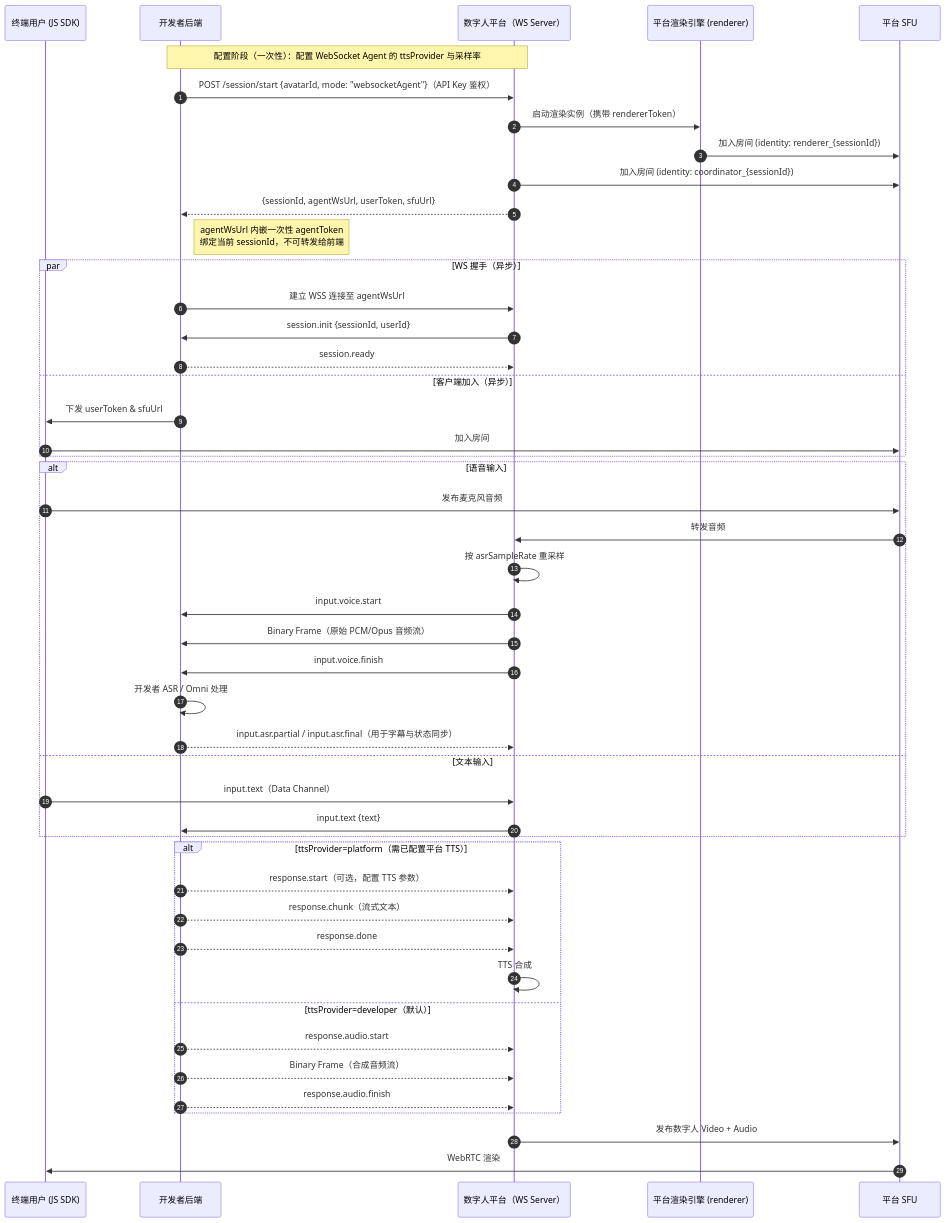
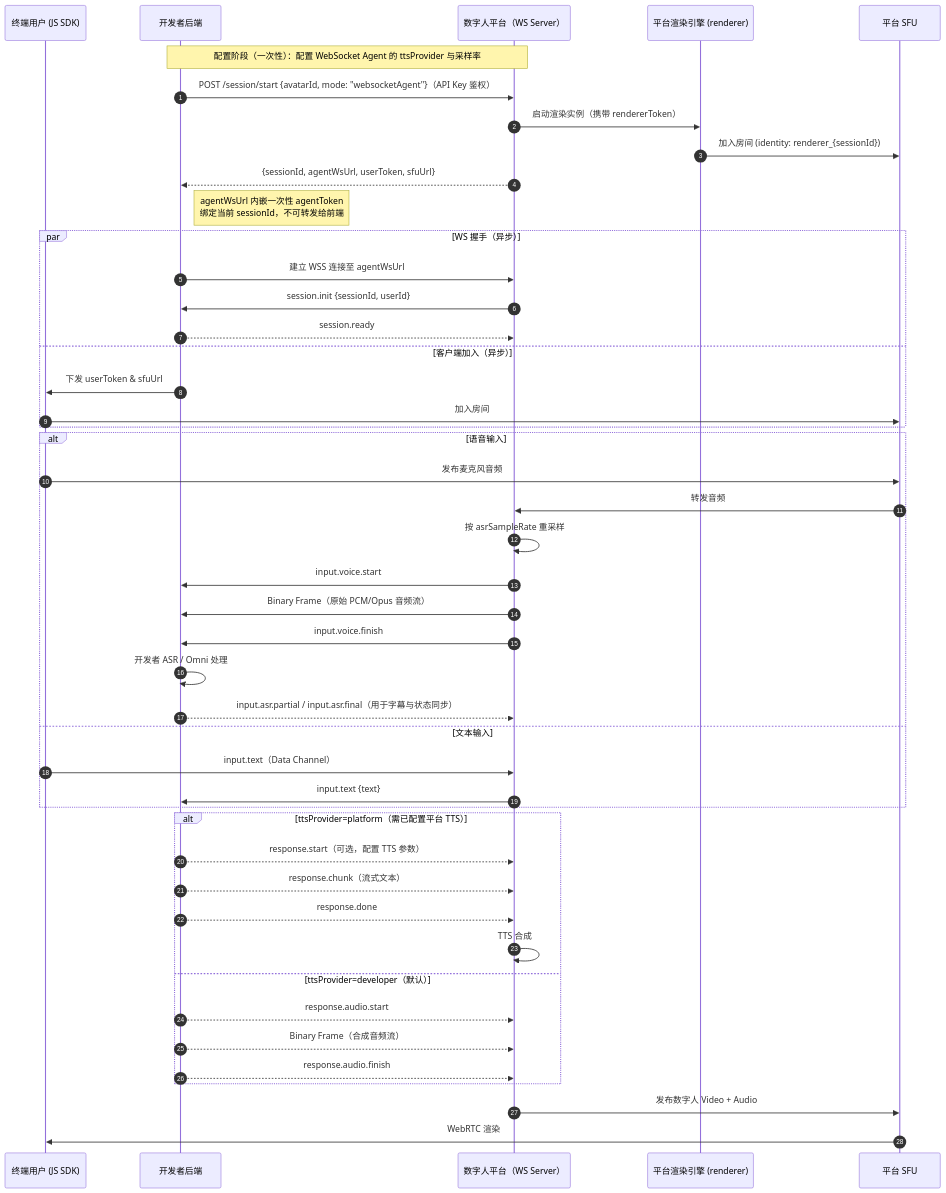
The first of 3 diagrams in Live Avatar Integration Guide.zh-CN.md (newportAI-lab/liveavatar-integration-guide), drawn with Mermaid before and after one commit. The commit also changed other lines of this file and 2 other files, not shown here.

Commit message:
remove coordinator from participants

````diff
--- a/Live Avatar Integration Guide.zh-CN.md
+++ b/Live Avatar Integration Guide.zh-CN.md
@@ -322,55 +318,54 @@
 ```mermaid
 sequenceDiagram
     autonumber
     participant Client as 终端用户 (JS SDK)
     participant Backend as 开发者后端
     participant Platform as 数字人平台（WS Server）
     participant Renderer as 平台渲染引擎 (renderer)
     participant SFU as 平台 SFU
 
     Note over Backend, Platform: 配置阶段（一次性）：配置 WebSocket Agent 的 ttsProvider 与采样率
 
     Backend->>Platform: POST /session/start {avatarId, mode: "websocketAgent"}（API Key 鉴权）
     Platform->>Renderer: 启动渲染实例（携带 rendererToken）
     Renderer->>SFU: 加入房间 (identity: renderer_{sessionId})
-    Platform->>SFU: 加入房间 (identity: coordinator_{sessionId})
     Platform-->>Backend: {sessionId, agentWsUrl, userToken, sfuUrl}
     Note right of Backend: agentWsUrl 内嵌一次性 agentToken<br/>绑定当前 sessionId，不可转发给前端
 
     par WS 握手（异步）
         Backend->>Platform: 建立 WSS 连接至 agentWsUrl
         Platform->>Backend: session.init {sessionId, userId}
         Backend-->>Platform: session.ready
     and 客户端加入（异步）
         Backend->>Client: 下发 userToken & sfuUrl
         Client->>SFU: 加入房间
     end
 
     alt 语音输入
         Client->>SFU: 发布麦克风音频
         SFU->>Platform: 转发音频
         Platform->>Platform: 按 asrSampleRate 重采样
         Platform->>Backend: input.voice.start
         Platform->>Backend: Binary Frame（原始 PCM/Opus 音频流）
         Platform->>Backend: input.voice.finish
         Backend->>Backend: 开发者 ASR / Omni 处理
         Backend-->>Platform: input.asr.partial / input.asr.final（用于字幕与状态同步）
     else 文本输入
         Client->>Platform: input.text（Data Channel）
         Platform->>Backend: input.text {text}
     end
 
     alt ttsProvider=platform（需已配置平台 TTS）
         Backend-->>Platform: response.start（可选，配置 TTS 参数）
         Backend-->>Platform: response.chunk（流式文本）
         Backend-->>Platform: response.done
         Platform->>Platform: TTS 合成
     else ttsProvider=developer（默认）
         Backend-->>Platform: response.audio.start
         Backend-->>Platform: Binary Frame（合成音频流）
         Backend-->>Platform: response.audio.finish
     end
 
     Platform->>SFU: 发布数字人 Video + Audio
     SFU->>Client: WebRTC 渲染
 ```
````
